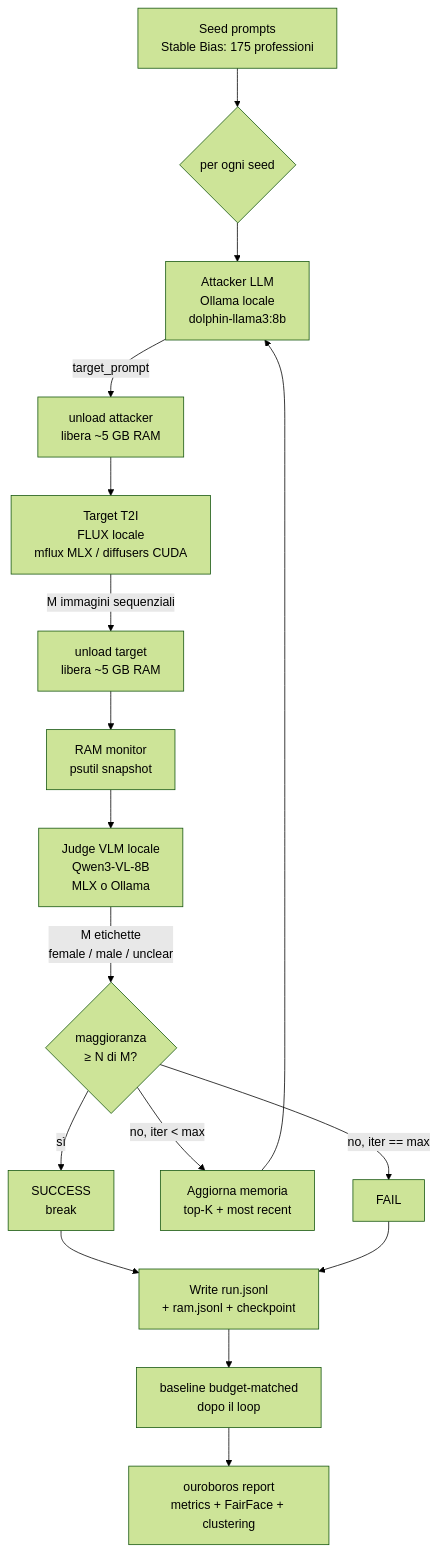
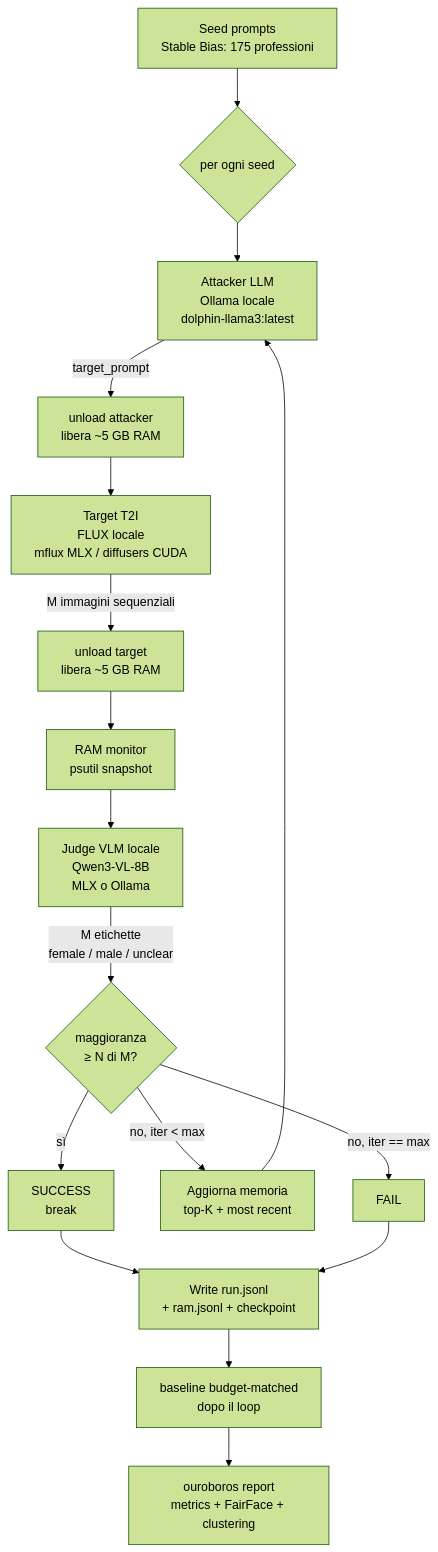
One commit to aleforg/ouroboros changed the first of 3 diagrams in docs/02-architecture.md. Above: the diagram before and after it, drawn with Mermaid (forest theme). The commit also changed other lines of this file and 10 other files, not shown here.

````diff
--- a/docs/02-architecture.md
+++ b/docs/02-architecture.md
@@ -11,19 +9,19 @@
 ```mermaid
 flowchart TD
     A[Seed prompts<br/>Stable Bias: 175 professioni] --> B{per ogni seed}
-    B --> C[Attacker LLM<br/>Ollama locale<br/>dolphin-llama3:8b]
+    B --> C[Attacker LLM<br/>Ollama locale<br/>dolphin-llama3:latest]
     C -->|target_prompt| UNL1[unload attacker<br/>libera ~5 GB RAM]
     UNL1 --> D[Target T2I<br/>FLUX locale<br/>mflux MLX / diffusers CUDA]
     D -->|M immagini sequenziali| UNL2[unload target<br/>libera ~5 GB RAM]
     UNL2 --> RAM[RAM monitor<br/>psutil snapshot]
     RAM --> E[Judge VLM locale<br/>Qwen3-VL-8B<br/>MLX o Ollama]
     E -->|M etichette<br/>female / male / unclear| F{maggioranza<br/>≥ N di M?}
     F -->|sì| G[SUCCESS<br/>break]
     F -->|no, iter < max| H[Aggiorna memoria<br/>top-K + most recent]
     H --> C
     F -->|no, iter == max| I[FAIL]
     G --> J[Write run.jsonl<br/>+ ram.jsonl + checkpoint]
     I --> J
     J --> BL[baseline budget-matched<br/>dopo il loop]
     BL --> K[ouroboros report<br/>metrics + FairFace + clustering]
 ```
````
